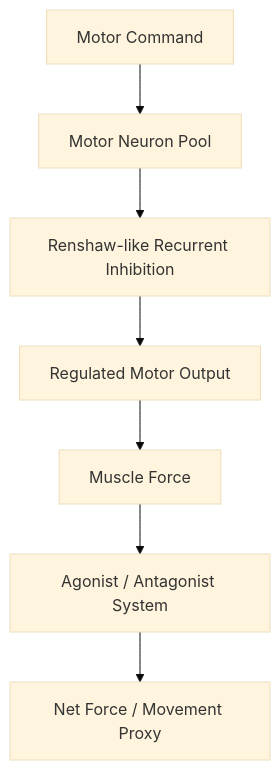
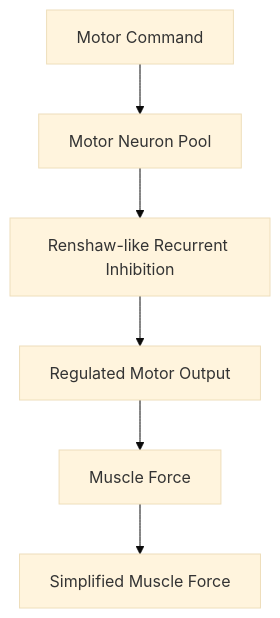
One commit to juanchi1789/Neural-Network-exploration changed the second of 2 diagrams in README.md. Above: the diagram before and after it, drawn with Mermaid (base theme). The commit also changed other lines of this file and 32 other files, not shown here.

````diff
--- a/README.md
+++ b/README.md
@@ -47,9 +45,8 @@
 ```mermaid
 flowchart TD
     A[Motor Command] --> B[Motor Neuron Pool]
     B --> C[Renshaw-like Recurrent Inhibition]
     C --> D[Regulated Motor Output]
     D --> E[Muscle Force]
-    E --> F[Agonist / Antagonist System]
-    F --> G[Net Force / Movement Proxy]
+    E --> F[Simplified Muscle Force]
 ```
````
